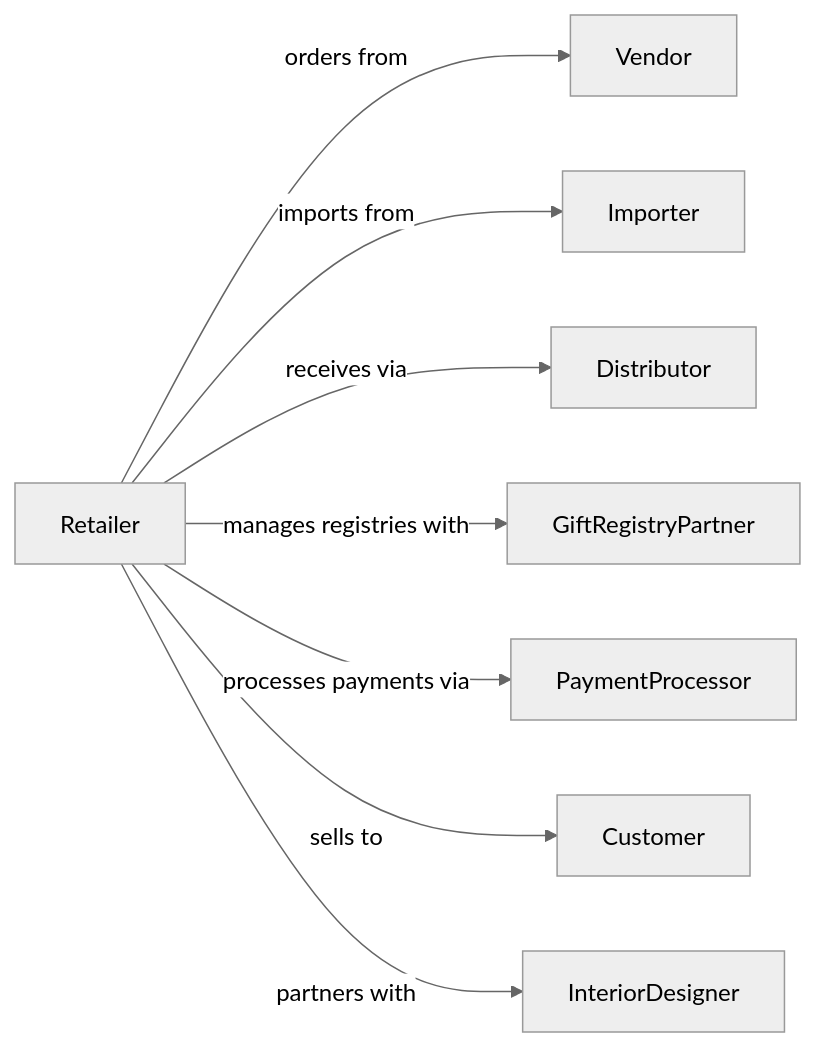
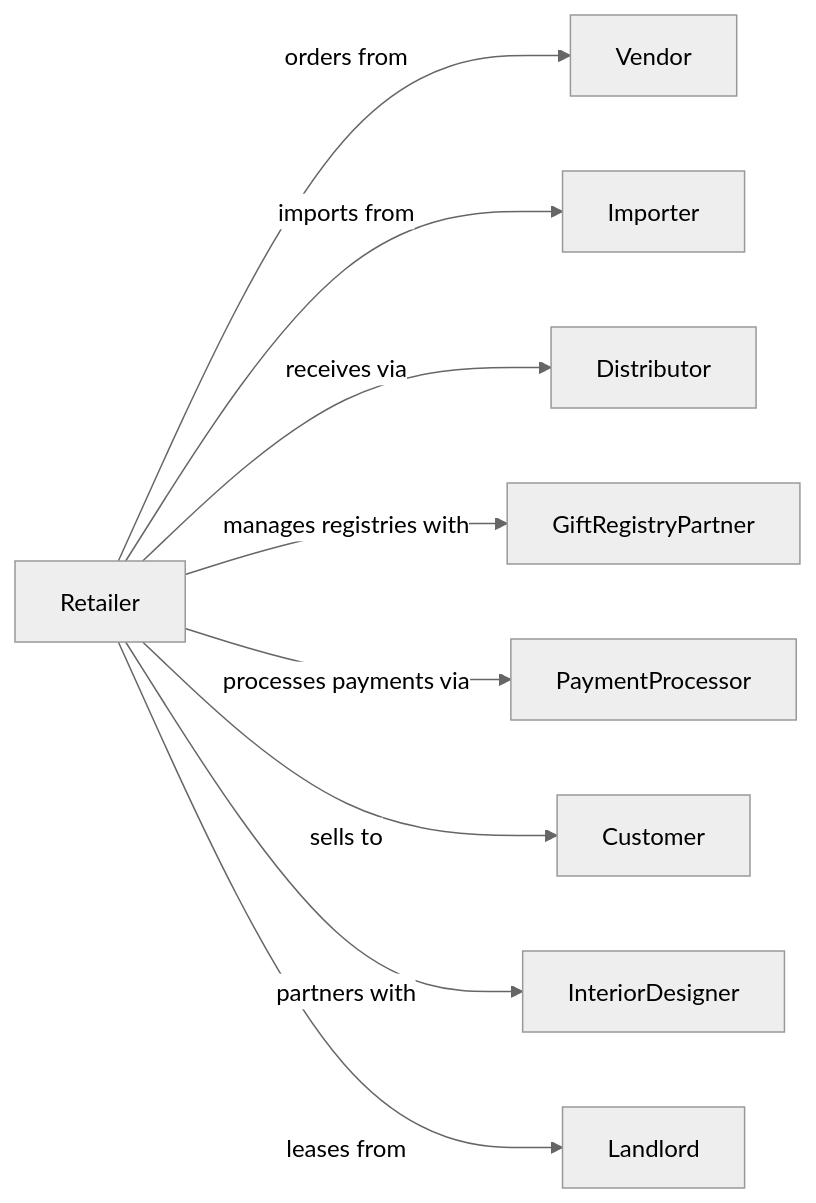
Before and after one commit to dot-org-ai/industries.org.ai: the second of 2 diagrams in RetailTrade/FurnitureHomeFurnishingsElectronicsAndApplianceRetailers/FurnitureAndHomeFurnishingsRetailers/AllOtherHomeFurnishingsRetailers.mdx, drawn with Mermaid (neutral theme). The commit also changed 588 other files, not shown here.

````diff
--- a/RetailTrade/FurnitureHomeFurnishingsElectronicsAndApplianceRetailers/FurnitureAndHomeFurnishingsRetailers/AllOtherHomeFurnishingsRetailers.mdx
+++ b/RetailTrade/FurnitureHomeFurnishingsElectronicsAndApplianceRetailers/FurnitureAndHomeFurnishingsRetailers/AllOtherHomeFurnishingsRetailers.mdx
@@ -132,12 +132,13 @@
 ```mermaid
 graph LR
     R[Retailer]
 
     R -->|orders from| Vendor
     R -->|imports from| Importer
     R -->|receives via| Distributor
     R -->|manages registries with| GiftRegistryPartner
     R -->|processes payments via| PaymentProcessor
     R -->|sells to| Customer
     R -->|partners with| InteriorDesigner
+    R -->|leases from| Landlord
 ```
````
